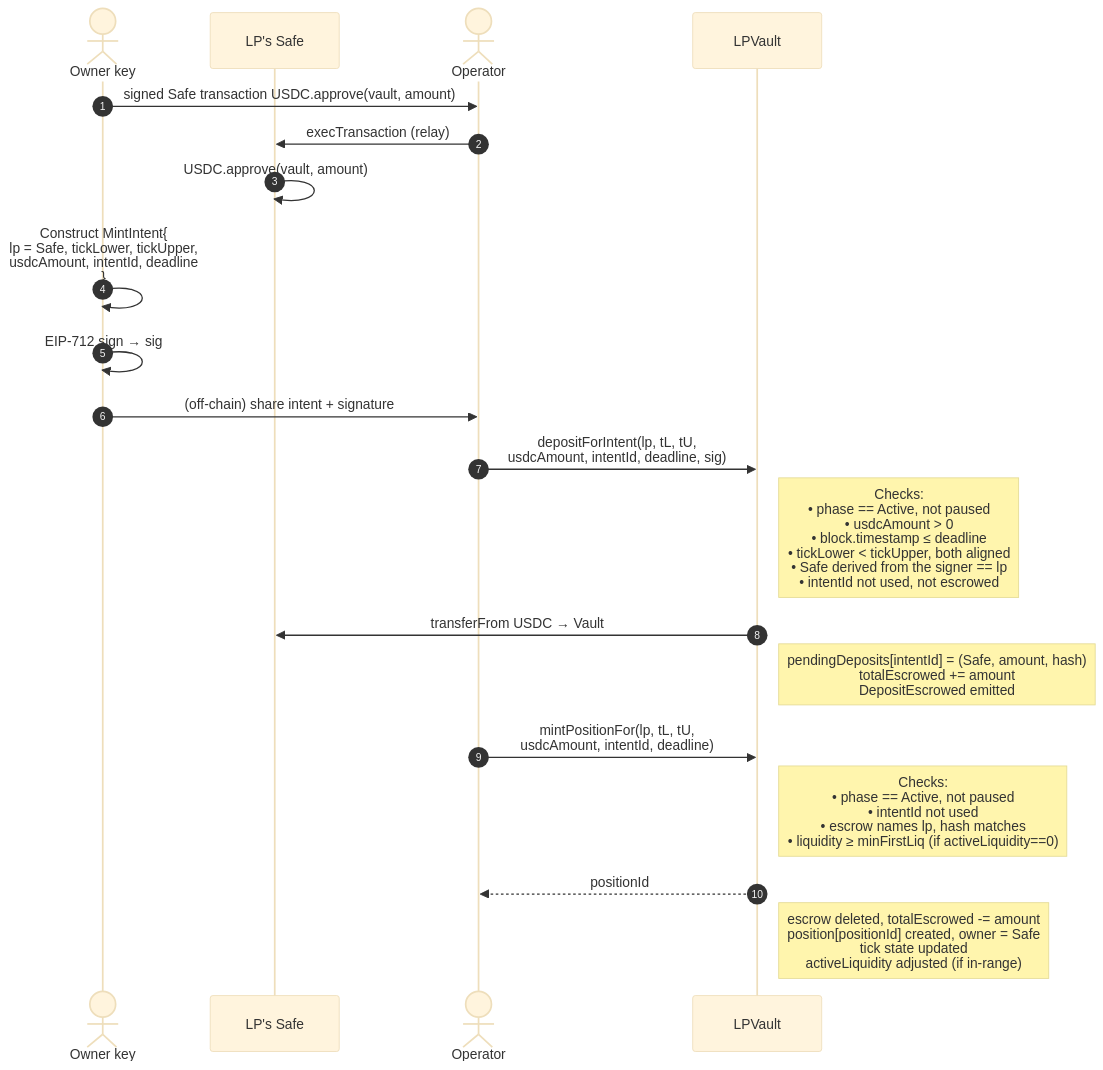
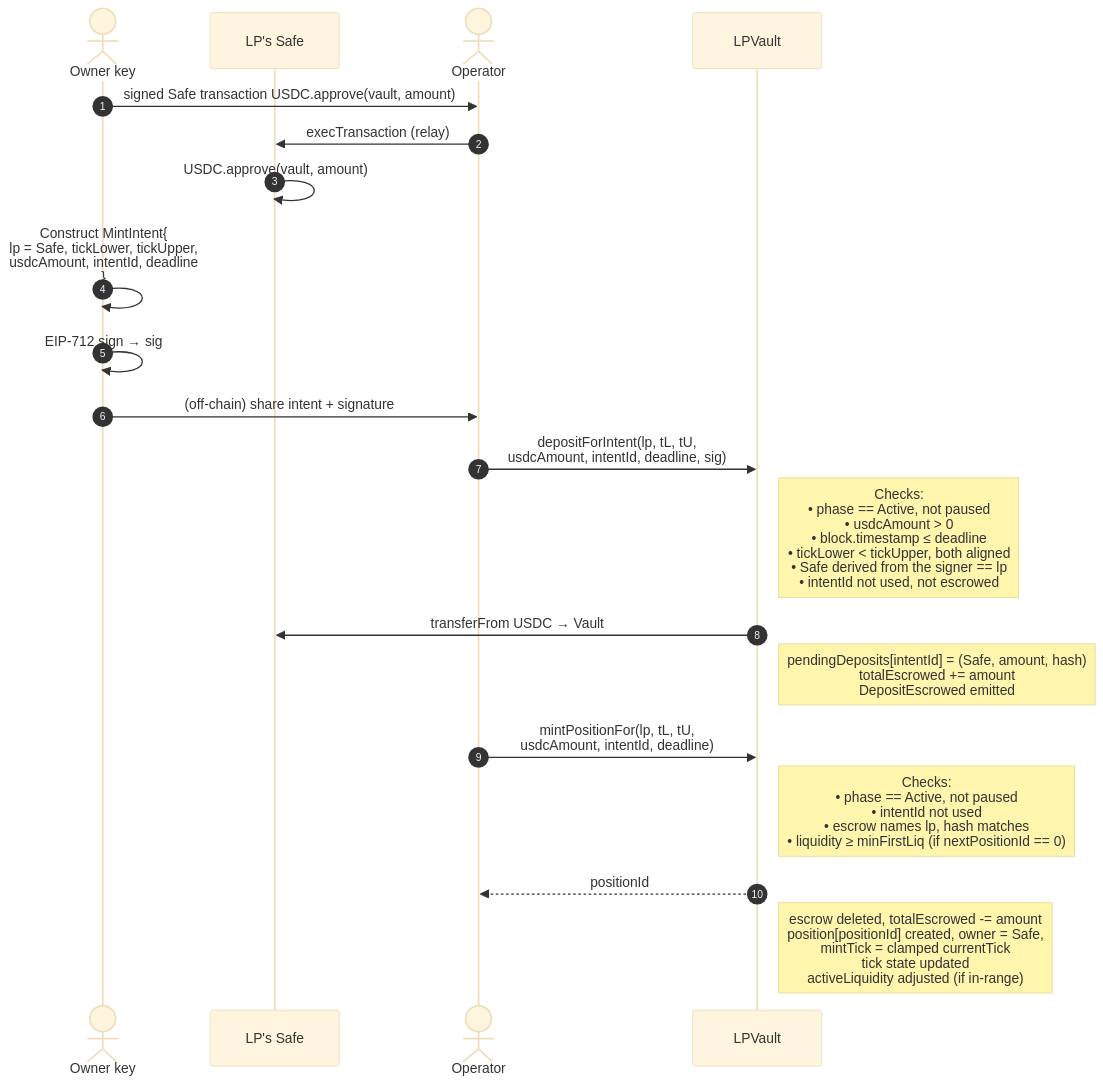
Before and after one commit to ProphetMarket/lp-vaults: the third of 12 diagrams in FLOWS.md, drawn with Mermaid (base theme). The commit also changed other lines of this file and 3 other files, not shown here.

First line of the commit message:
chore (vault): Document the mint tick and update the plan for R7

````diff
--- a/FLOWS.md
+++ b/FLOWS.md
@@ -110,26 +110,26 @@
 ```mermaid
 sequenceDiagram
     autonumber
     actor OwnerKey as Owner key
     participant Safe as LP's Safe
     actor Operator
     participant Vault as LPVault
 
     OwnerKey->>Operator: signed Safe transaction USDC.approve(vault, amount)
     Operator->>Safe: execTransaction (relay)
     Safe->>Safe: USDC.approve(vault, amount)
 
     OwnerKey->>OwnerKey: Construct MintIntent{<br/>  lp = Safe, tickLower, tickUpper,<br/>  usdcAmount, intentId, deadline<br/>}
     OwnerKey->>OwnerKey: EIP-712 sign → sig
     OwnerKey->>Operator: (off-chain) share intent + signature
 
     Operator->>Vault: depositForIntent(lp, tL, tU,<br/>usdcAmount, intentId, deadline, sig)
     Note right of Vault: Checks:<br/>• phase == Active, not paused<br/>• usdcAmount > 0<br/>• block.timestamp ≤ deadline<br/>• tickLower < tickUpper, both aligned<br/>• Safe derived from the signer == lp<br/>• intentId not used, not escrowed
     Vault->>Safe: transferFrom USDC → Vault
     Note right of Vault: pendingDeposits[intentId] = (Safe, amount, hash)<br/>totalEscrowed += amount<br/>DepositEscrowed emitted
 
     Operator->>Vault: mintPositionFor(lp, tL, tU,<br/>usdcAmount, intentId, deadline)
-    Note right of Vault: Checks:<br/>• phase == Active, not paused<br/>• intentId not used<br/>• escrow names lp, hash matches<br/>• liquidity ≥ minFirstLiq (if activeLiquidity==0)
+    Note right of Vault: Checks:<br/>• phase == Active, not paused<br/>• intentId not used<br/>• escrow names lp, hash matches<br/>• liquidity ≥ minFirstLiq (if nextPositionId == 0)
     Vault-->>Operator: positionId
-    Note right of Vault: escrow deleted, totalEscrowed -= amount<br/>position[positionId] created, owner = Safe<br/>tick state updated<br/>activeLiquidity adjusted (if in-range)
+    Note right of Vault: escrow deleted, totalEscrowed -= amount<br/>position[positionId] created, owner = Safe,<br/>mintTick = clamped currentTick<br/>tick state updated<br/>activeLiquidity adjusted (if in-range)
 ```
````
